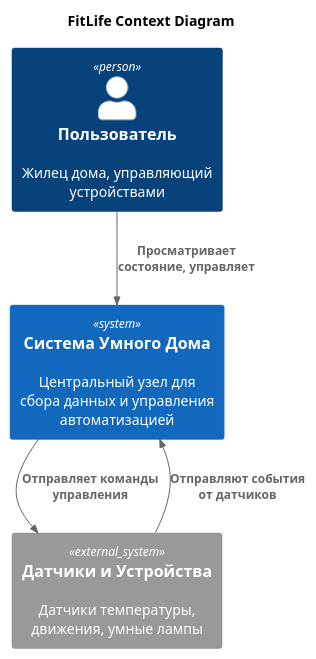
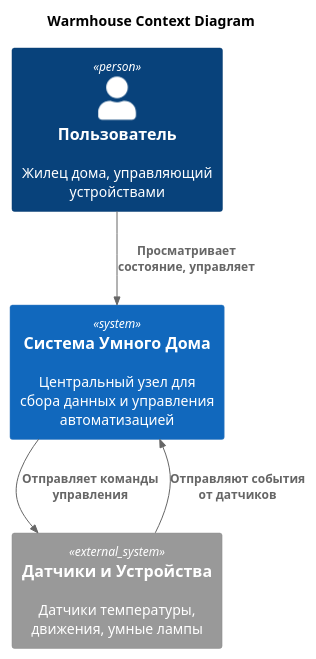
Before and after one commit to kalancha/architecture-course: the diagram in architecture-warmhouse/apps/diagrams/Context.puml, drawn with PlantUML. The commit also changed 23 other files, not shown here.

```diff
--- a/architecture-warmhouse/apps/diagrams/Context.puml
+++ b/architecture-warmhouse/apps/diagrams/Context.puml
@@ -1,16 +1,16 @@
 @startuml
-title FitLife Context Diagram
+title Warmhouse Context Diagram
 
 top to bottom direction
 
 !includeurl https://raw.githubusercontent.com/RicardoNiepel/C4-PlantUML/master/C4_Component.puml
 
 Person(user, "Пользователь", "Жилец дома, управляющий устройствами")
 System(smartHome, "Система Умного Дома", "Центральный узел для сбора данных и управления автоматизацией")
 System_Ext(sensors, "Датчики и Устройства", "Датчики температуры, движения, умные лампы")
 
 Rel(user, smartHome, "Просматривает состояние, управляет")
 Rel(sensors, smartHome, "Отправляют события от датчиков")
 Rel(smartHome, sensors, "Отправляет команды управления")
 
 @enduml
```
